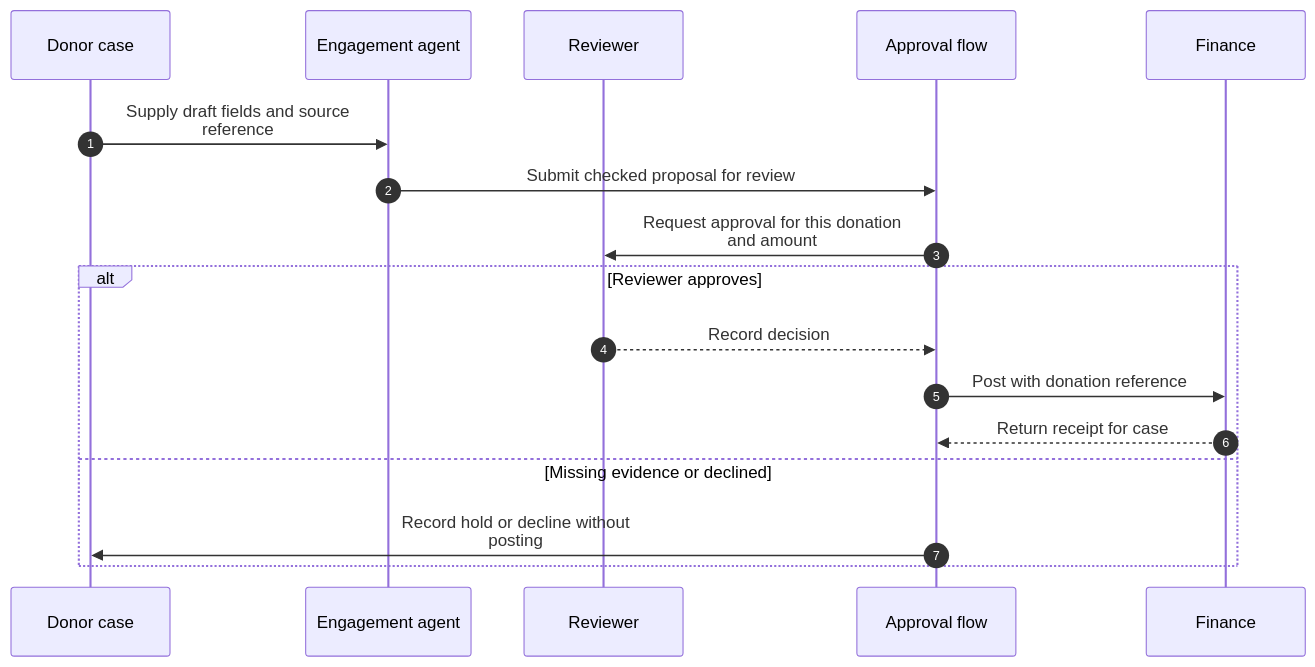
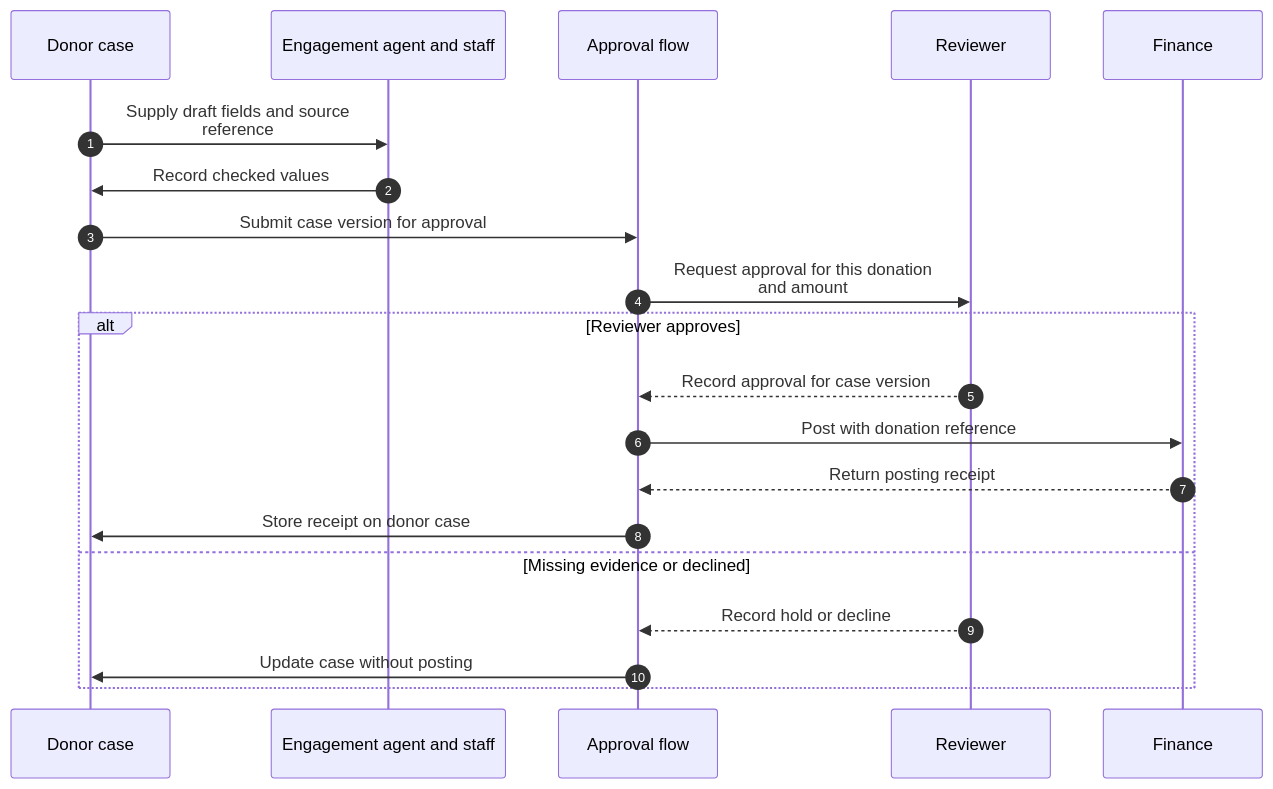
Before and after one commit to abhishek-ai-enabler/copilotstudio-architecture-patterns: the second of 2 diagrams in solution-ideas/donor-management.md, drawn with Mermaid. The commit also changed other lines of this file and 41 other files, not shown here.

First line of the commit message:
Review diagrams: add return paths and fix flow accuracy

````diff
--- a/solution-ideas/donor-management.md
+++ b/solution-ideas/donor-management.md
@@ -37,20 +39,23 @@
 ```mermaid
 sequenceDiagram
     accTitle: Donor inquiry intake, approvals and finance reconciliation - technical flow
     autonumber
     participant D as Donor case
-    participant A as Engagement agent
+    participant A as Engagement agent and staff
+    participant F as Approval flow
     participant H as Reviewer
-    participant F as Approval flow
     participant S as Finance
     D->>A: Supply draft fields and source<br/>reference
-    A->>F: Submit checked proposal for review
+    A->>D: Record checked values
+    D->>F: Submit case version for approval
     F->>H: Request approval for this donation<br/>and amount
     alt Reviewer approves
-        H-->>F: Record decision
-        F->>S: Post with donation reference
-        S-->>F: Return receipt for case
+      H-->>F: Record approval for case version
+      F->>S: Post with donation reference
+      S-->>F: Return posting receipt
+      F->>D: Store receipt on donor case
     else Missing evidence or declined
-        F->>D: Record hold or decline without<br/>posting
+      H-->>F: Record hold or decline
+      F->>D: Update case without posting
     end
 ```
````
